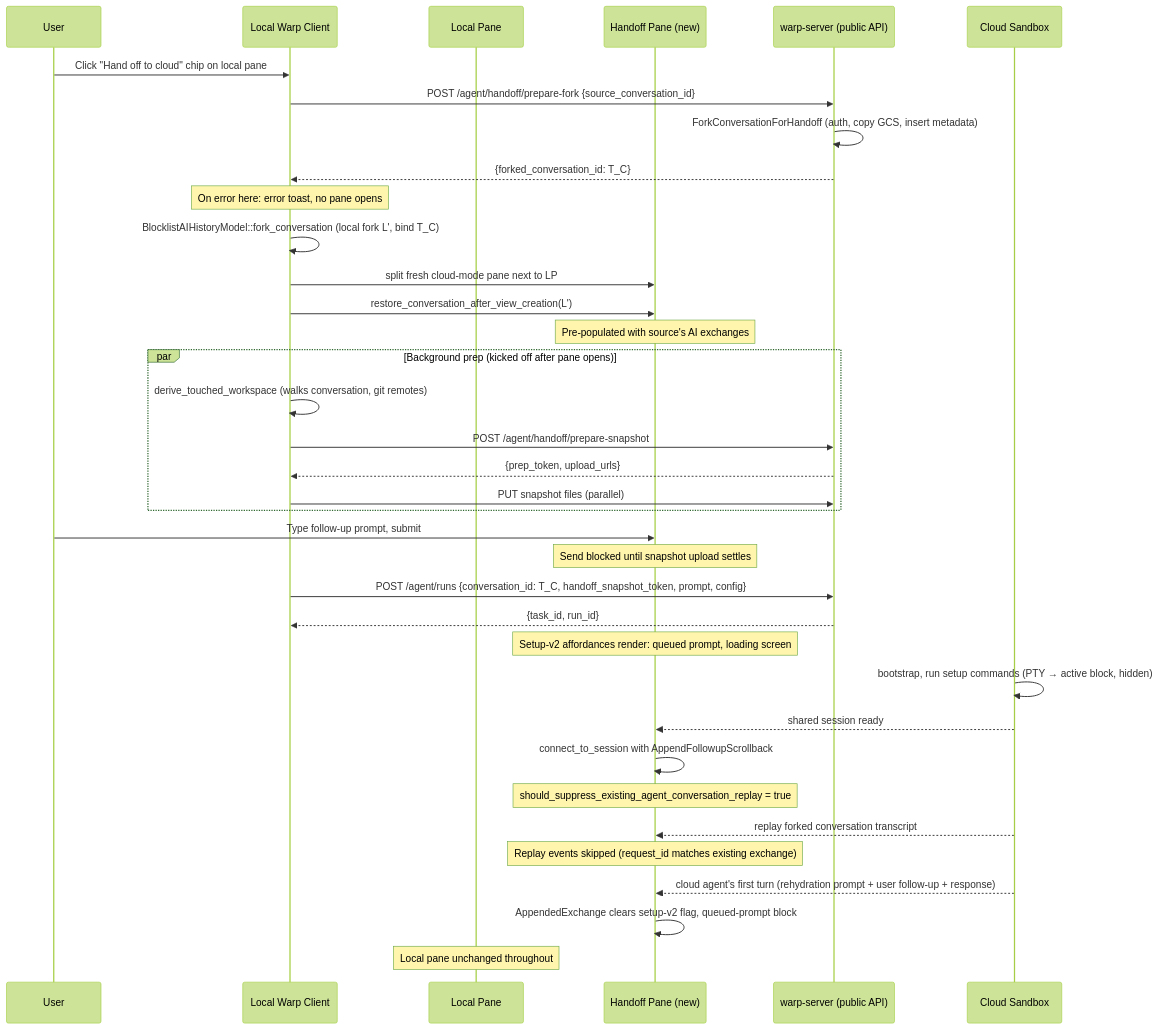
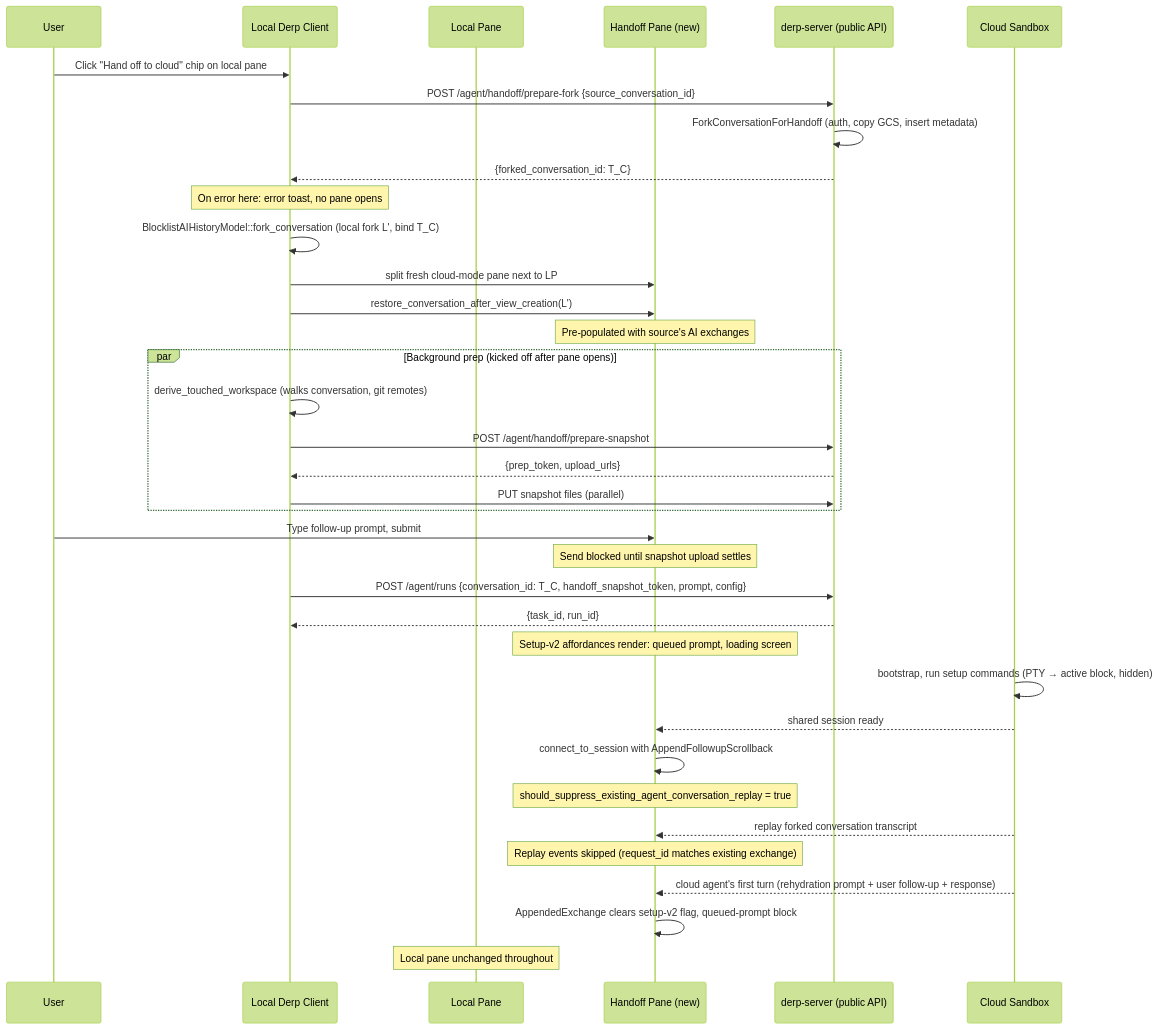
Before and after one commit to antikrust/krust-terminal: the diagram in specs/REMOTE-1519/TECH.md, drawn with Mermaid (forest theme). The commit also changed other lines of this file and 9069 other files, not shown here.

First line of the commit message:
Rebrand Warp -> Derp; vendor and disconnect all external deps

````diff
--- a/specs/REMOTE-1519/TECH.md
+++ b/specs/REMOTE-1519/TECH.md
@@ -14,38 +14,38 @@
 ```mermaid
 sequenceDiagram
     participant U as User
-    participant C as Local Warp Client
+    participant C as Local Derp Client
     participant LP as Local Pane
     participant HP as Handoff Pane (new)
-    participant API as warp-server (public API)
+    participant API as derp-server (public API)
     participant Sand as Cloud Sandbox
     U->>C: Click "Hand off to cloud" chip on local pane
     C->>API: POST /agent/handoff/prepare-fork {source_conversation_id}
     API->>API: ForkConversationForHandoff (auth, copy GCS, insert metadata)
     API-->>C: {forked_conversation_id: T_C}
     Note over C: On error here: error toast, no pane opens
     C->>C: BlocklistAIHistoryModel::fork_conversation (local fork L', bind T_C)
     C->>HP: split fresh cloud-mode pane next to LP
     C->>HP: restore_conversation_after_view_creation(L')
     Note over HP: Pre-populated with source's AI exchanges
     par Background prep (kicked off after pane opens)
         C->>C: derive_touched_workspace (walks conversation, git remotes)
         C->>API: POST /agent/handoff/prepare-snapshot
         API-->>C: {prep_token, upload_urls}
         C->>API: PUT snapshot files (parallel)
     end
     U->>HP: Type follow-up prompt, submit
     Note over HP: Send blocked until snapshot upload settles
     C->>API: POST /agent/runs {conversation_id: T_C, handoff_snapshot_token, prompt, config}
     API-->>C: {task_id, run_id}
     Note over HP: Setup-v2 affordances render: queued prompt, loading screen
     Sand->>Sand: bootstrap, run setup commands (PTY → active block, hidden)
     Sand-->>HP: shared session ready
     HP->>HP: connect_to_session with AppendFollowupScrollback
     Note over HP: should_suppress_existing_agent_conversation_replay = true
     Sand-->>HP: replay forked conversation transcript
     Note over HP: Replay events skipped (request_id matches existing exchange)
     Sand-->>HP: cloud agent's first turn (rehydration prompt + user follow-up + response)
     HP->>HP: AppendedExchange clears setup-v2 flag, queued-prompt block
     Note over LP: Local pane unchanged throughout
 ```
````
